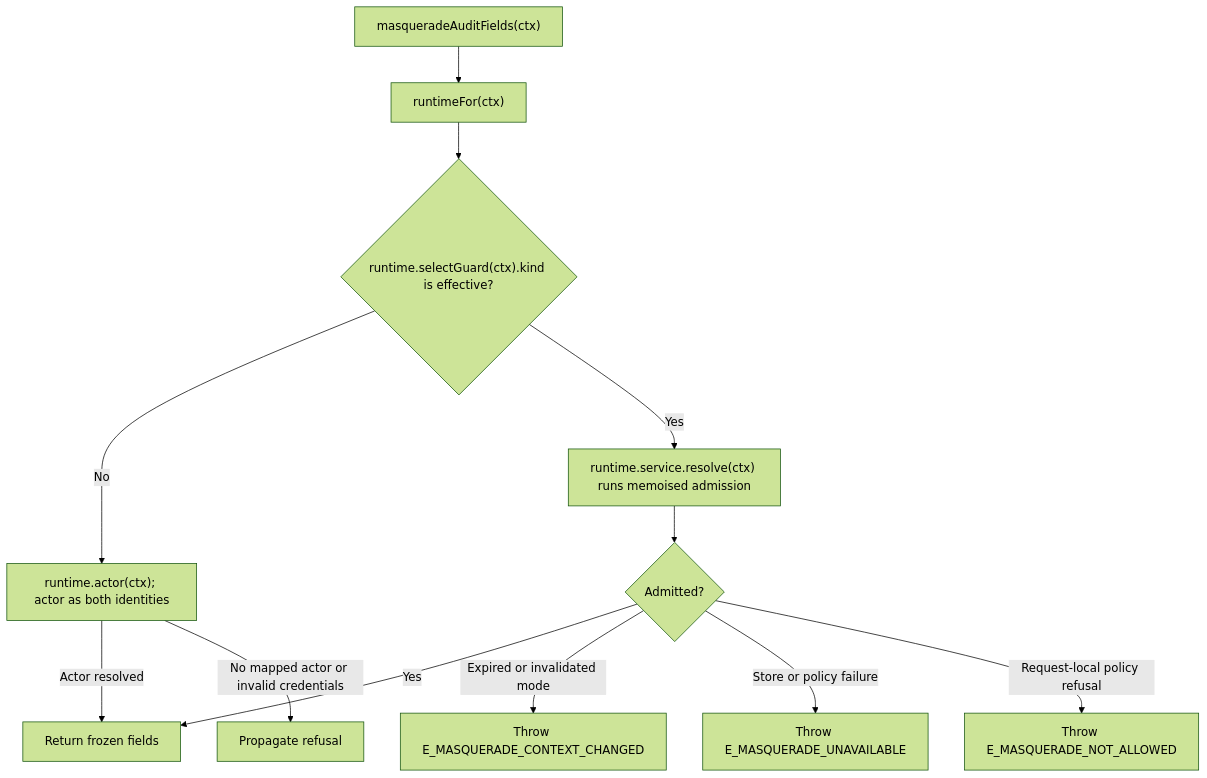
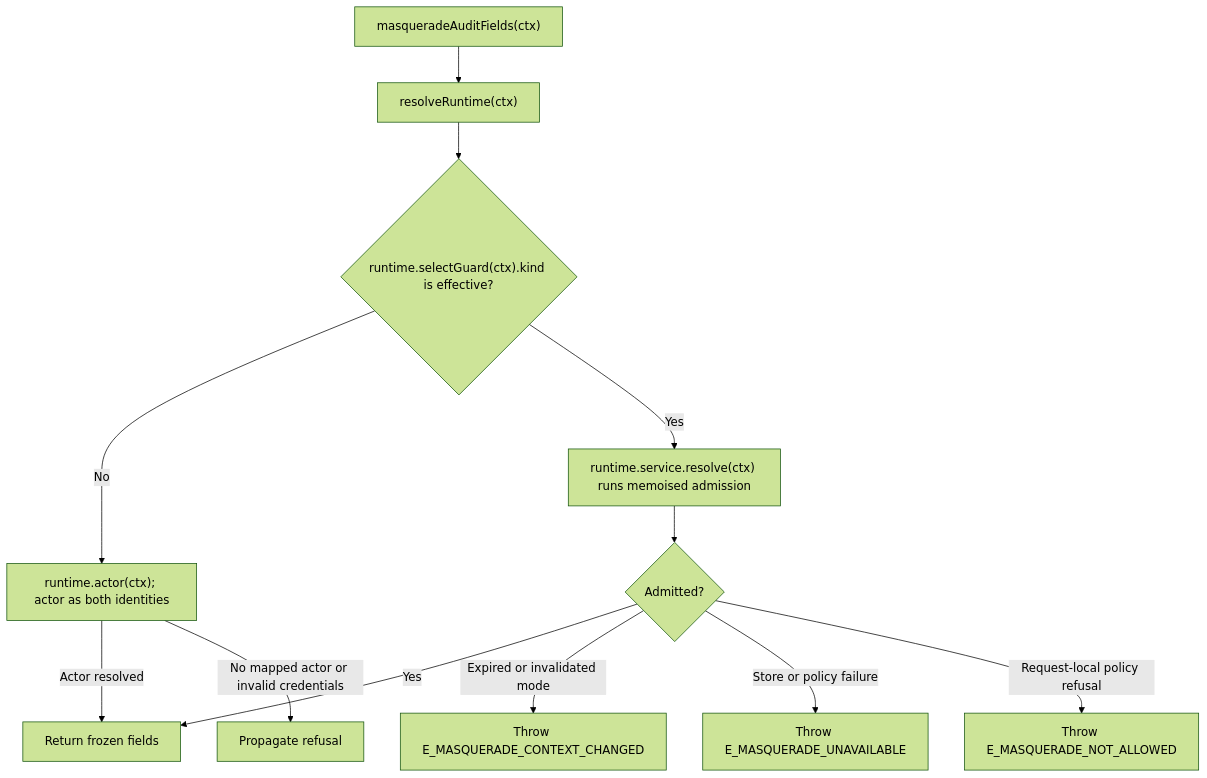
Before and after one commit to Kevinjohn/oss-adonisjs-masquerade: the second of 2 diagrams in user-stories/audit-business-work/us-audit-01-attach-audit-fields.md, drawn with Mermaid (forest theme). The commit also changed 61 other files, not shown here.

````diff
--- a/user-stories/audit-business-work/us-audit-01-attach-audit-fields.md
+++ b/user-stories/audit-business-work/us-audit-01-attach-audit-fields.md
@@ -37,14 +37,14 @@
 ```mermaid
 flowchart TD
-    A["masqueradeAuditFields(ctx)"] --> B["runtimeFor(ctx)"]
+    A["masqueradeAuditFields(ctx)"] --> B["resolveRuntime(ctx)"]
     B --> C{"runtime.selectGuard(ctx).kind is effective?"}
     C -->|No| D["runtime.actor(ctx); actor as both identities"]
     C -->|Yes| E["runtime.service.resolve(ctx) runs memoised admission"]
     E --> G{"Admitted?"}
     G -->|Yes| F["Return frozen fields"]
     G -->|"Expired or invalidated mode"| H["Throw E_MASQUERADE_CONTEXT_CHANGED"]
     G -->|"Store or policy failure"| I["Throw E_MASQUERADE_UNAVAILABLE"]
     G -->|Request-local policy refusal| J["Throw E_MASQUERADE_NOT_ALLOWED"]
     D -->|Actor resolved| F
     D -->|No mapped actor or invalid credentials| X["Propagate refusal"]
 ```
````
